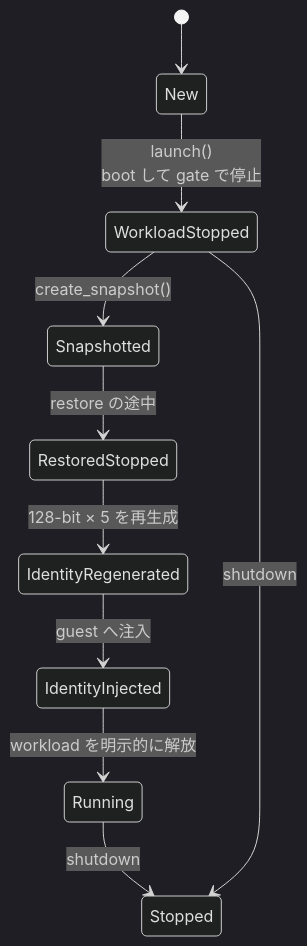
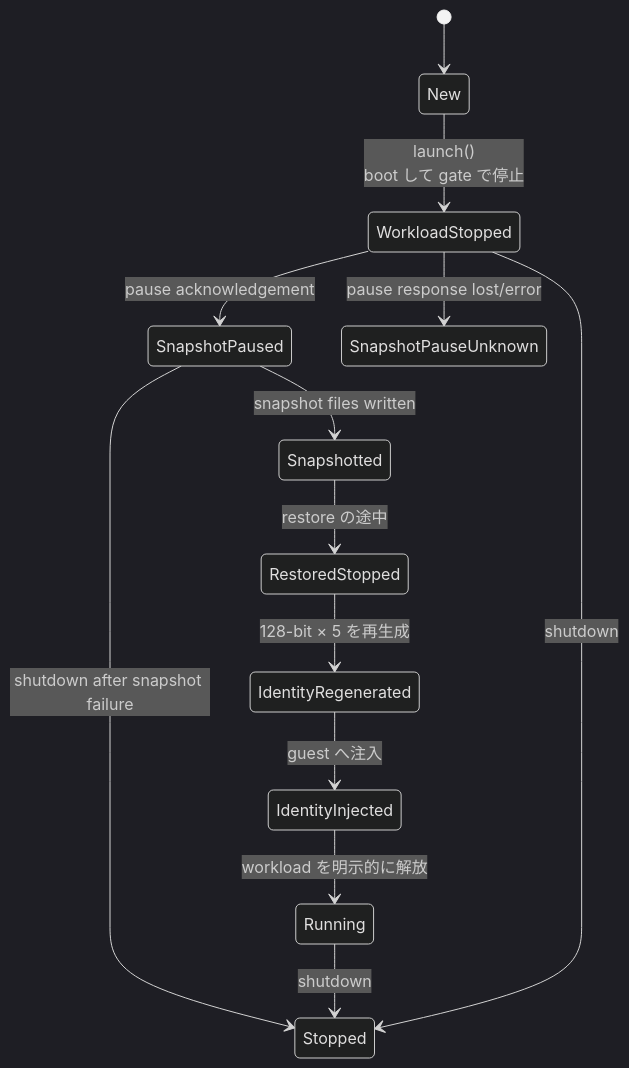
The diagram in docs/firecracker-runtime/snapshot-and-identity.md (Aqua-218/SecCamp-AIAgent), drawn with Mermaid (dark theme) before and after one commit. The commit also changed other lines of this file, not shown here.

First line of the commit message:
docs(firecracker-runtime): document the snapshot pause and its unknown state

````diff
--- a/docs/firecracker-runtime/snapshot-and-identity.md
+++ b/docs/firecracker-runtime/snapshot-and-identity.md
@@ -33,12 +33,15 @@
 ```mermaid
 stateDiagram-v2
     [*] --> New
     New --> WorkloadStopped: launch()<br/>boot して gate で停止
-    WorkloadStopped --> Snapshotted: create_snapshot()
+    WorkloadStopped --> SnapshotPaused: pause acknowledgement
+    WorkloadStopped --> SnapshotPauseUnknown: pause response lost/error
+    SnapshotPaused --> Snapshotted: snapshot files written
+    SnapshotPaused --> Stopped: shutdown after snapshot failure
     Snapshotted --> RestoredStopped: restore の途中
     RestoredStopped --> IdentityRegenerated: 128-bit × 5 を再生成
     IdentityRegenerated --> IdentityInjected: guest へ注入
     IdentityInjected --> Running: workload を明示的に解放
     Running --> Stopped: shutdown
     WorkloadStopped --> Stopped: shutdown
 ```
````
